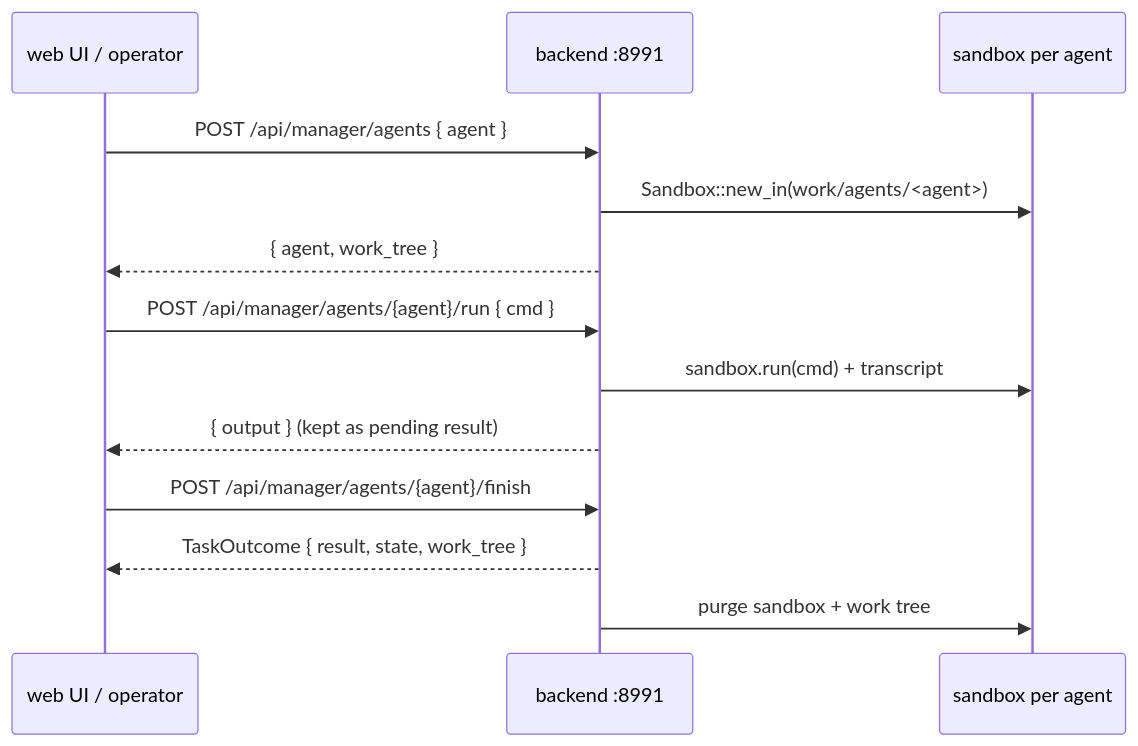
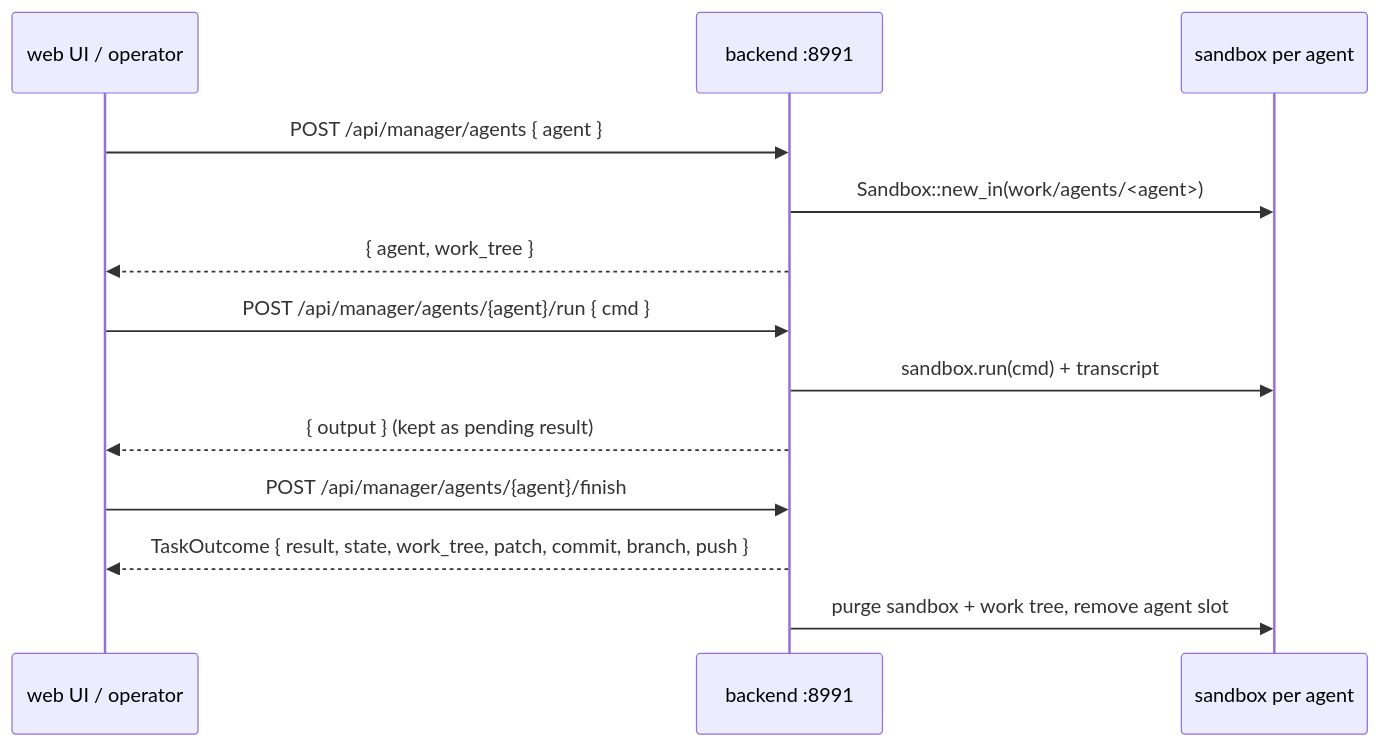
The fifth of 8 diagrams in docs/remote-clients.md (lidm0707/susutaku), drawn with Mermaid before and after one commit. The commit also changed other lines of this file and 11 other files, not shown here.

````diff
--- a/docs/remote-clients.md
+++ b/docs/remote-clients.md
@@ -102,15 +102,15 @@
 ```mermaid
 sequenceDiagram
     participant U as web UI / operator
     participant B as backend :8991
     participant S as sandbox per agent
     U->>B: POST /api/manager/agents { agent }
     B->>S: Sandbox::new_in(work/agents/<agent>)
     B-->>U: { agent, work_tree }
     U->>B: POST /api/manager/agents/{agent}/run { cmd }
     B->>S: sandbox.run(cmd) + transcript
     B-->>U: { output } (kept as pending result)
     U->>B: POST /api/manager/agents/{agent}/finish
-    B-->>U: TaskOutcome { result, state, work_tree }
-    B->>S: purge sandbox + work tree
+    B-->>U: TaskOutcome { result, state, work_tree, patch, commit, branch, push }
+    B->>S: purge sandbox + work tree, remove agent slot
 ```
````
